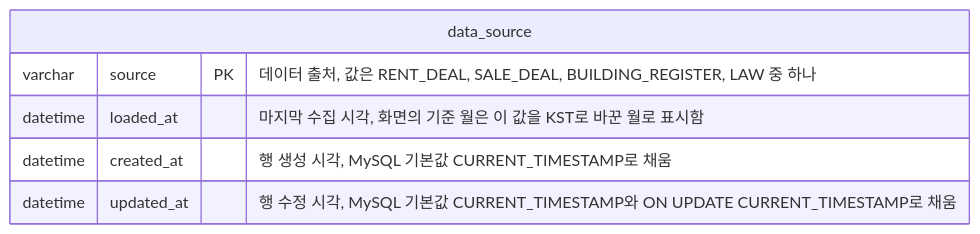
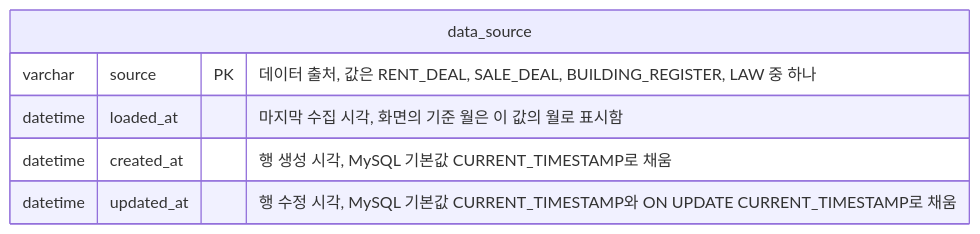
One commit to f-lab-edu/jipsee changed diagram 13 of 13 in docs/erd.md. Above: the diagram before and after it, drawn with Mermaid. The commit also changed other lines of this file and 1 other file, not shown here.

````diff
--- a/docs/erd.md
+++ b/docs/erd.md
@@ -346,9 +346,9 @@
 ```mermaid
 erDiagram
     data_source {
         varchar source PK "데이터 출처, 값은 RENT_DEAL, SALE_DEAL, BUILDING_REGISTER, LAW 중 하나"
-        datetime loaded_at "마지막 수집 시각, 화면의 기준 월은 이 값을 KST로 바꾼 월로 표시함"
+        datetime loaded_at "마지막 수집 시각, 화면의 기준 월은 이 값의 월로 표시함"
         datetime created_at "행 생성 시각, MySQL 기본값 CURRENT_TIMESTAMP로 채움"
         datetime updated_at "행 수정 시각, MySQL 기본값 CURRENT_TIMESTAMP와 ON UPDATE CURRENT_TIMESTAMP로 채움"
     }
 ```
````
